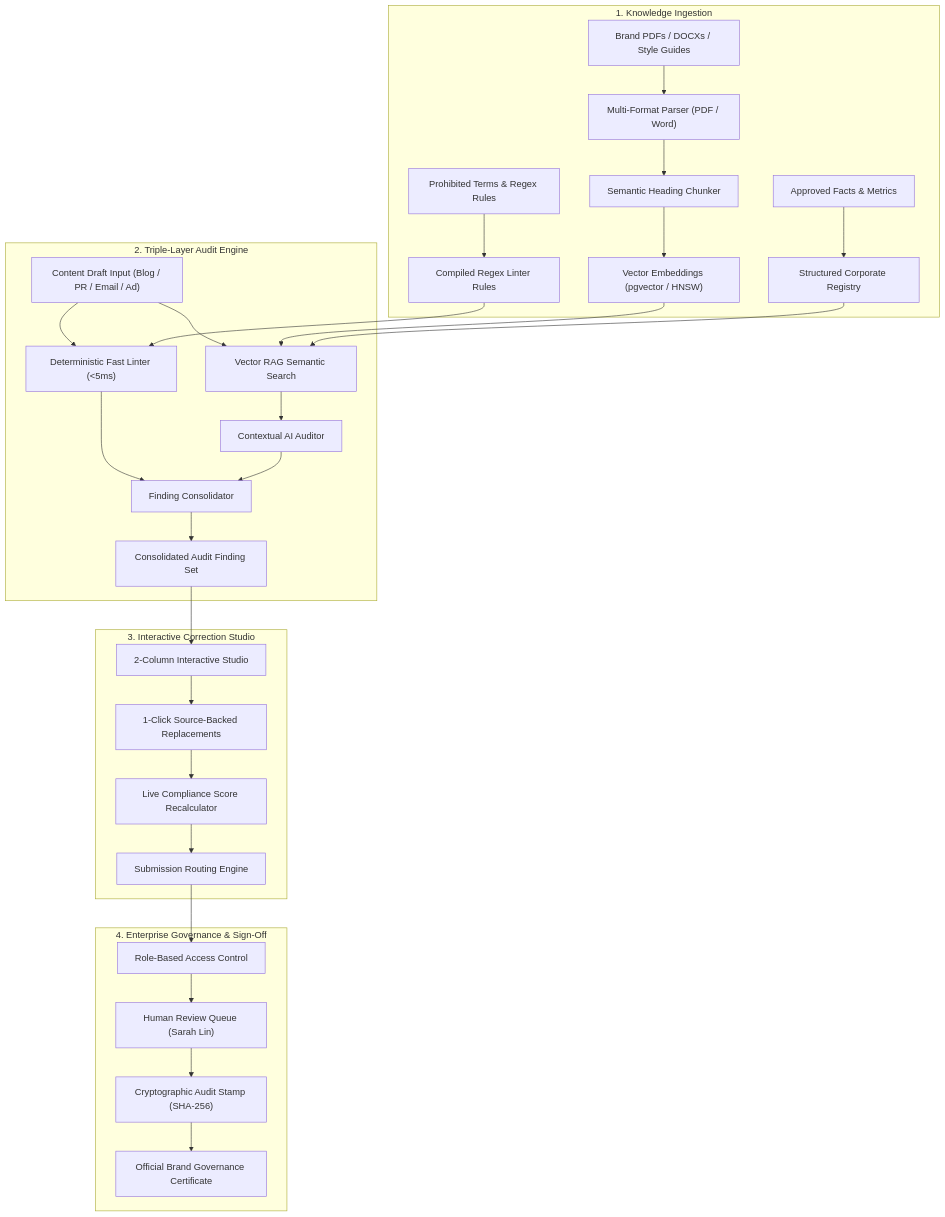
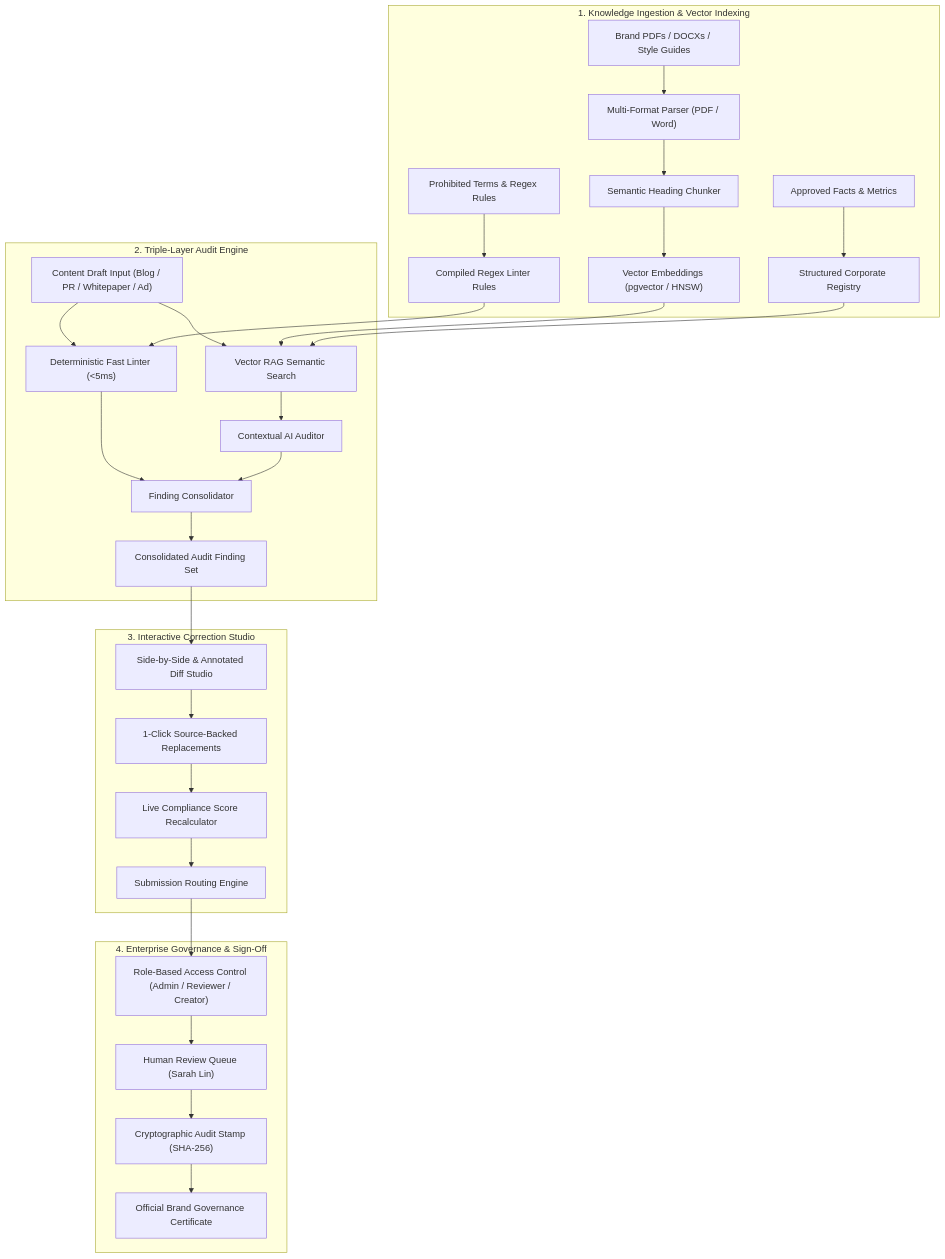
The second of 2 diagrams in README.md (rubenreji/brandpilot), drawn with Mermaid before and after one commit. The commit also changed other lines of this file and 16 other files, not shown here.

````diff
--- a/README.md
+++ b/README.md
@@ -87,37 +86,37 @@
 ```mermaid
 graph TD
-    subgraph Ingestion ["1. Knowledge Ingestion"]
+    subgraph Ingestion ["1. Knowledge Ingestion & Vector Indexing"]
         KB_Docs["Brand PDFs / DOCXs / Style Guides"] --> DocParser["Multi-Format Parser (PDF / Word)"]
         DocParser --> Chunker["Semantic Heading Chunker"]
         Chunker --> Embeddings["Vector Embeddings (pgvector / HNSW)"]
         Facts["Approved Facts & Metrics"] --> FactStore["Structured Corporate Registry"]
         Rules["Prohibited Terms & Regex Rules"] --> RuleStore["Compiled Regex Linter Rules"]
     end
 
     subgraph AuditPipeline ["2. Triple-Layer Audit Engine"]
-        Draft["Content Draft Input (Blog / PR / Email / Ad)"]
+        Draft["Content Draft Input (Blog / PR / Whitepaper / Ad)"]
         Draft --> Linter["Deterministic Fast Linter (<5ms)"]
         Draft --> RAG["Vector RAG Semantic Search"]
         Embeddings --> RAG
         FactStore --> RAG
         Linter --> Consolidator["Finding Consolidator"]
         RAG --> LLM["Contextual AI Auditor"]
         RuleStore --> Linter
         LLM --> Consolidator
         Consolidator --> AuditReport["Consolidated Audit Finding Set"]
     end
 
     subgraph Studio ["3. Interactive Correction Studio"]
-        AuditReport --> StudioUI["2-Column Interactive Studio"]
+        AuditReport --> StudioUI["Side-by-Side & Annotated Diff Studio"]
         StudioUI --> OneClick["1-Click Source-Backed Replacements"]
         OneClick --> Recalc["Live Compliance Score Recalculator"]
         Recalc --> SubmitQueue["Submission Routing Engine"]
     end
 
     subgraph Governance ["4. Enterprise Governance & Sign-Off"]
-        SubmitQueue --> RBAC["Role-Based Access Control"]
+        SubmitQueue --> RBAC["Role-Based Access Control (Admin / Reviewer / Creator)"]
         RBAC --> Approval["Human Review Queue (Sarah Lin)"]
         Approval --> CryptoStamp["Cryptographic Audit Stamp (SHA-256)"]
         CryptoStamp --> Certificate["Official Brand Governance Certificate"]
     end
 ```
````
